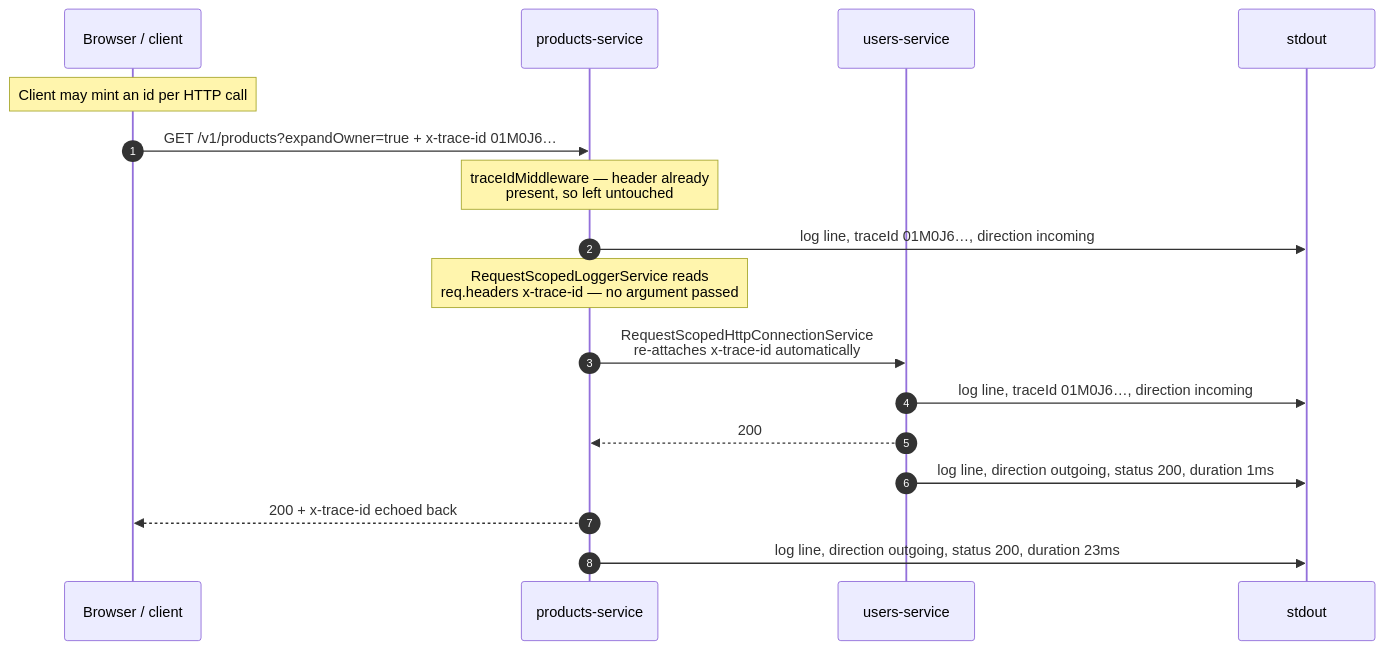
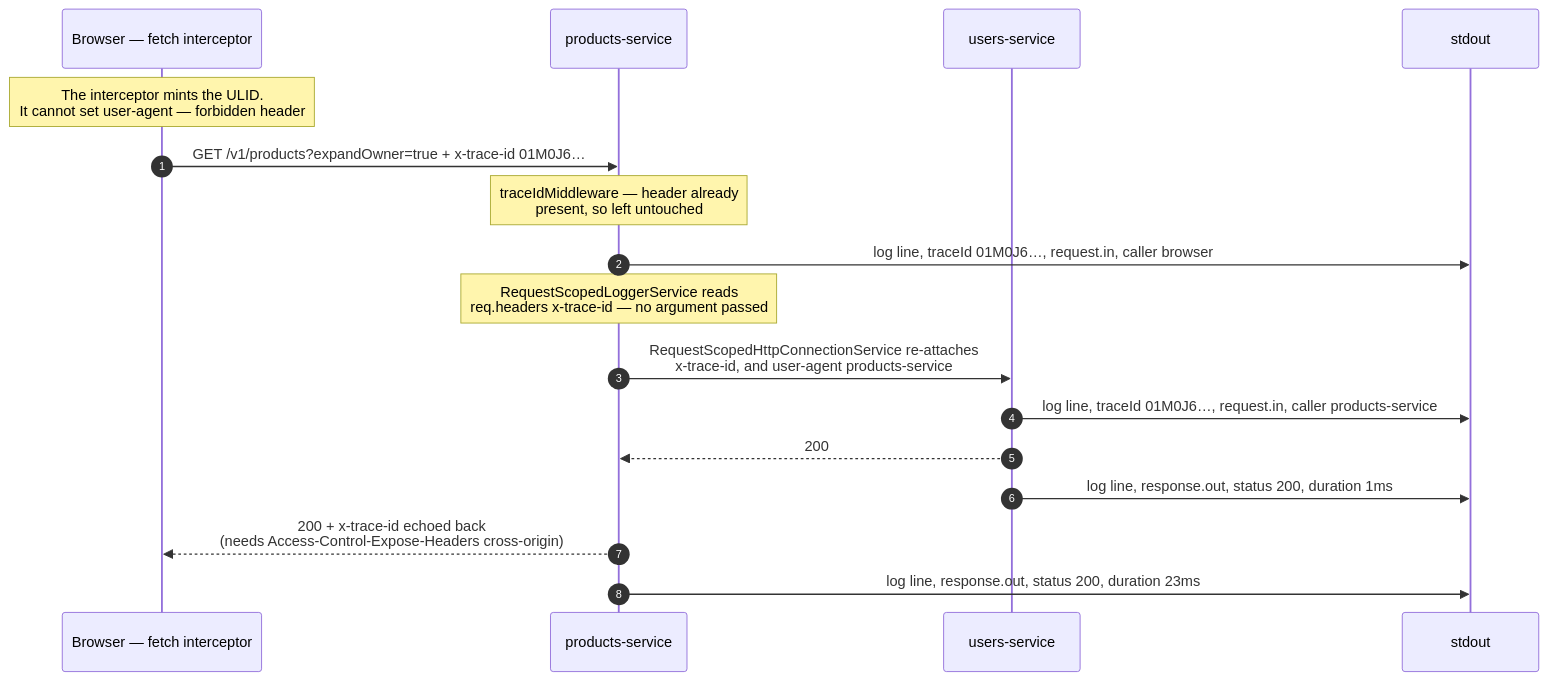
The first of 3 diagrams in docs/architecture/distributed-tracing.md (ivanbaha/team-workspace), drawn with Mermaid before and after one commit. The commit also changed other lines of this file and 37 other files, not shown here.

````diff
--- a/docs/architecture/distributed-tracing.md
+++ b/docs/architecture/distributed-tracing.md
@@ -64,20 +117,20 @@
 ```mermaid
 sequenceDiagram
     autonumber
-    participant B as Browser / client
+    participant B as Browser — fetch interceptor
     participant P as products-service
     participant U as users-service
     participant O as stdout
 
-    Note over B: Client may mint an id per HTTP call
+    Note over B: The interceptor mints the ULID.<br/>It cannot set user-agent — forbidden header
     B->>P: GET /v1/products?expandOwner=true + x-trace-id 01M0J6…
     Note over P: traceIdMiddleware — header already<br/>present, so left untouched
-    P->>O: log line, traceId 01M0J6…, direction incoming
+    P->>O: log line, traceId 01M0J6…, request.in, caller browser
     Note over P: RequestScopedLoggerService reads<br/>req.headers x-trace-id — no argument passed
-    P->>U: RequestScopedHttpConnectionService<br/>re-attaches x-trace-id automatically
-    U->>O: log line, traceId 01M0J6…, direction incoming
+    P->>U: RequestScopedHttpConnectionService re-attaches<br/>x-trace-id, and user-agent products-service
+    U->>O: log line, traceId 01M0J6…, request.in, caller products-service
     U-->>P: 200
-    U->>O: log line, direction outgoing, status 200, duration 1ms
-    P-->>B: 200 + x-trace-id echoed back
-    P->>O: log line, direction outgoing, status 200, duration 23ms
+    U->>O: log line, response.out, status 200, duration 1ms
+    P-->>B: 200 + x-trace-id echoed back<br/>(needs Access-Control-Expose-Headers cross-origin)
+    P->>O: log line, response.out, status 200, duration 23ms
 ```
````
